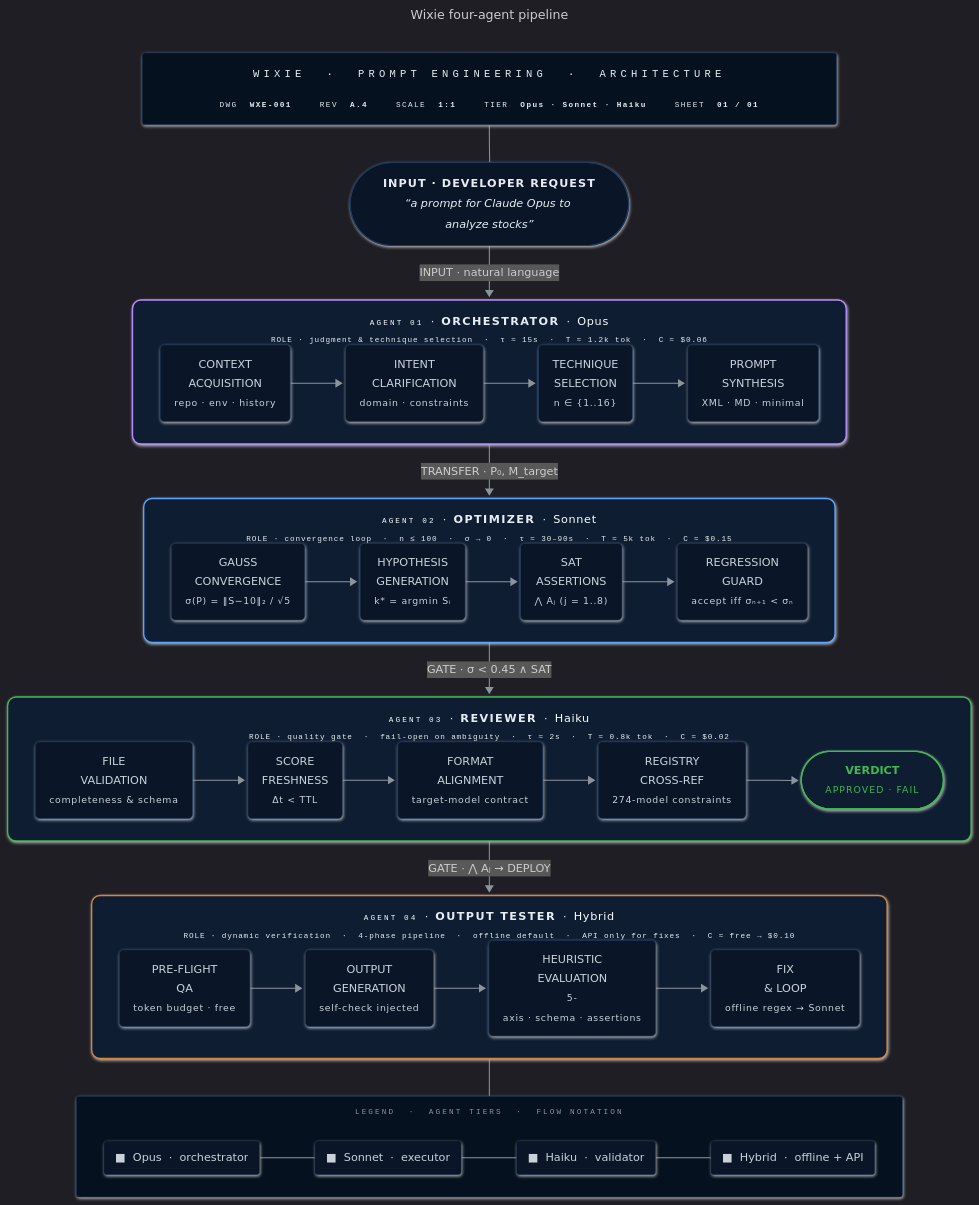
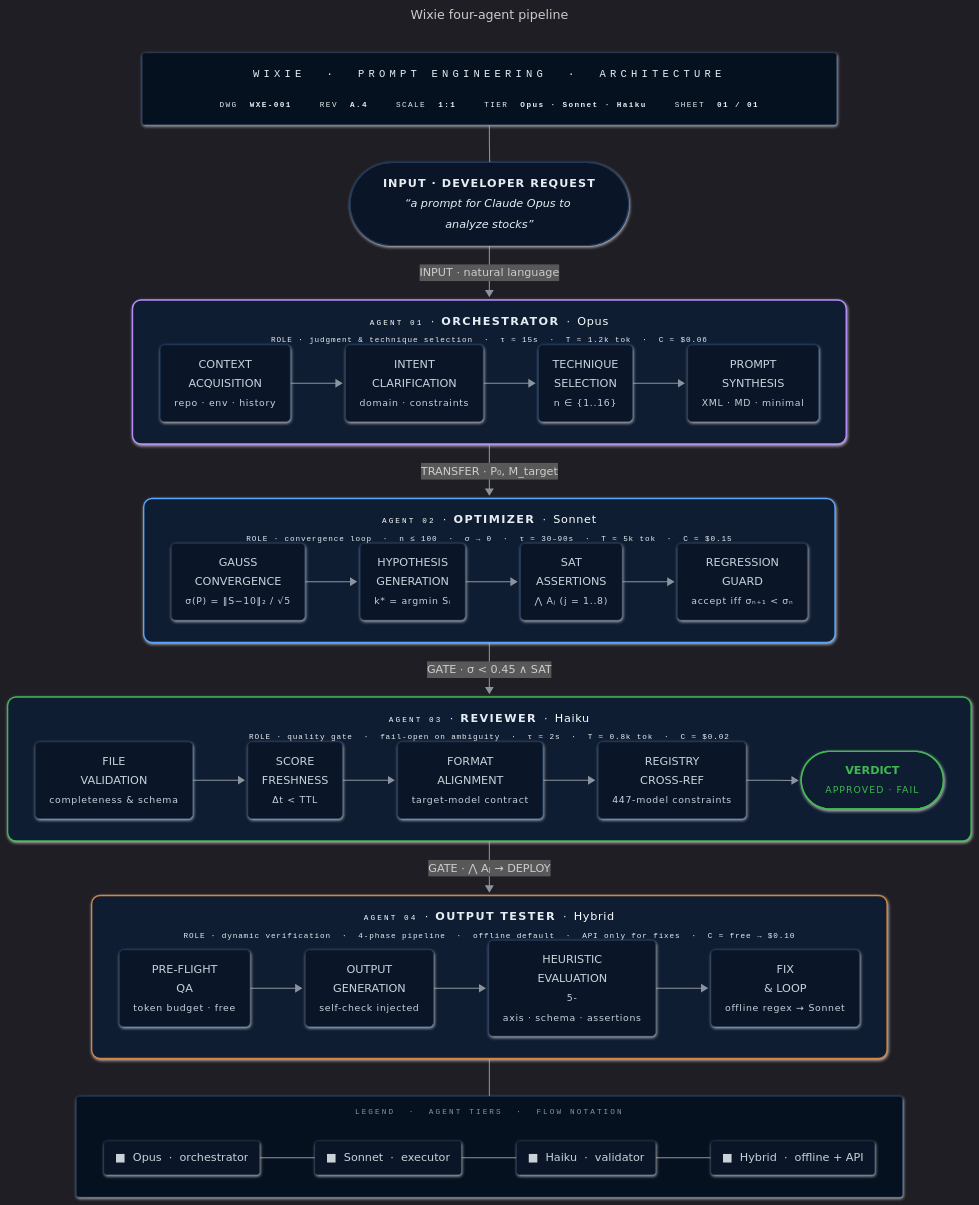
One commit to enchanter-ai/wixie changed the diagram in docs/assets/pipeline.mmd. Above: the diagram before and after it, drawn with Mermaid. The commit also changed 21 other files, not shown here.

```diff
--- a/docs/assets/pipeline.mmd
+++ b/docs/assets/pipeline.mmd
@@ -1,72 +1,72 @@
 ---
 title: Wixie four-agent pipeline
 config:
   look: neo
   theme: dark
   flowchart:
     curve: basis
     padding: 18
     nodeSpacing: 44
     rankSpacing: 54
     htmlLabels: true
     subGraphTitleMargin:
       top: 14
       bottom: 18
 ---
 flowchart TB
     TitleBlock["<div style='font-family:ui-monospace,SFMono-Regular,Consolas,monospace;text-align:center;min-width:940px;padding:6px 10px;line-height:1.8'><div style='color:#58a6ff;font-size:15px;letter-spacing:6px;border-bottom:1px solid #1e3a5f;padding-bottom:10px;margin-bottom:10px'>WIXIE &nbsp;·&nbsp; PROMPT&nbsp;ENGINEERING &nbsp;·&nbsp; ARCHITECTURE</div><div style='display:flex;gap:40px;justify-content:center;font-size:11px;color:#8b949e;letter-spacing:2px'><span>DWG&nbsp;&nbsp;<b style='color:#e6edf3'>WXE-001</b></span><span>REV&nbsp;&nbsp;<b style='color:#e6edf3'>A.4</b></span><span>SCALE&nbsp;&nbsp;<b style='color:#e6edf3'>1:1</b></span><span>TIER&nbsp;&nbsp;<b style='color:#e6edf3'>Opus&nbsp;·&nbsp;Sonnet&nbsp;·&nbsp;Haiku</b></span><span>SHEET&nbsp;&nbsp;<b style='color:#e6edf3'>01&nbsp;/&nbsp;01</b></span></div></div>"]
 
     User(["<div style='text-align:center;line-height:1.8;padding:4px 12px'><b style='letter-spacing:1.5px'>INPUT&nbsp;·&nbsp;DEVELOPER&nbsp;REQUEST</b><br/><em style='color:#8b949e;font-size:13px;font-weight:400'>“a prompt for Claude Opus to analyze stocks”</em></div>"])
 
     subgraph Orch["<div style='text-align:center;min-width:940px;line-height:2'><div><span style='font-family:ui-monospace,monospace;color:#8b949e;font-size:11px;letter-spacing:3px'>AGENT&nbsp;01</span>&nbsp;&nbsp;·&nbsp;&nbsp;<b style='letter-spacing:2px'>ORCHESTRATOR</b>&nbsp;&nbsp;·&nbsp;&nbsp;<span style='color:#bc8cff;letter-spacing:1px'>Opus</span></div><div style='color:#6e7681;font-size:11px;font-family:ui-monospace,monospace;letter-spacing:1.2px'>ROLE&nbsp;·&nbsp;judgment&nbsp;&amp;&nbsp;technique&nbsp;selection&nbsp;&nbsp;·&nbsp;&nbsp;τ&nbsp;≈&nbsp;15s&nbsp;&nbsp;·&nbsp;&nbsp;T&nbsp;≈&nbsp;1.2k&nbsp;tok&nbsp;&nbsp;·&nbsp;&nbsp;C&nbsp;≈&nbsp;$0.06</div></div>"]
         direction LR
         scan["<div style='text-align:center;line-height:1.7;padding:2px 4px'>CONTEXT<br/>ACQUISITION<br/><small style='color:#6e7681;letter-spacing:1px'>repo&nbsp;·&nbsp;env&nbsp;·&nbsp;history</small></div>"] --> ask["<div style='text-align:center;line-height:1.7;padding:2px 4px'>INTENT<br/>CLARIFICATION<br/><small style='color:#6e7681;letter-spacing:1px'>domain&nbsp;·&nbsp;constraints</small></div>"] --> tech["<div style='text-align:center;line-height:1.7;padding:2px 4px'>TECHNIQUE<br/>SELECTION<br/><small style='color:#6e7681;letter-spacing:1px'>n&nbsp;∈&nbsp;{1..16}</small></div>"] --> gen["<div style='text-align:center;line-height:1.7;padding:2px 4px'>PROMPT<br/>SYNTHESIS<br/><small style='color:#6e7681;letter-spacing:1px'>XML&nbsp;·&nbsp;MD&nbsp;·&nbsp;minimal</small></div>"]
     end
 
     subgraph Opt["<div style='text-align:center;min-width:940px;line-height:2'><div><span style='font-family:ui-monospace,monospace;color:#8b949e;font-size:11px;letter-spacing:3px'>AGENT&nbsp;02</span>&nbsp;&nbsp;·&nbsp;&nbsp;<b style='letter-spacing:2px'>OPTIMIZER</b>&nbsp;&nbsp;·&nbsp;&nbsp;<span style='color:#58a6ff;letter-spacing:1px'>Sonnet</span></div><div style='color:#6e7681;font-size:11px;font-family:ui-monospace,monospace;letter-spacing:1.2px'>ROLE&nbsp;·&nbsp;convergence&nbsp;loop&nbsp;&nbsp;·&nbsp;&nbsp;n&nbsp;≤&nbsp;100&nbsp;&nbsp;·&nbsp;&nbsp;σ&nbsp;→&nbsp;0&nbsp;&nbsp;·&nbsp;&nbsp;τ&nbsp;≈&nbsp;30–90s&nbsp;&nbsp;·&nbsp;&nbsp;T&nbsp;≈&nbsp;5k&nbsp;tok&nbsp;&nbsp;·&nbsp;&nbsp;C&nbsp;≈&nbsp;$0.15</div></div>"]
         direction LR
         conv["<div style='text-align:center;line-height:1.7;padding:2px 4px'>GAUSS<br/>CONVERGENCE<br/><small style='color:#6e7681;letter-spacing:1px'>σ(P)&nbsp;=&nbsp;‖S−10‖₂&nbsp;/&nbsp;√5</small></div>"] --> hypo["<div style='text-align:center;line-height:1.7;padding:2px 4px'>HYPOTHESIS<br/>GENERATION<br/><small style='color:#6e7681;letter-spacing:1px'>k*&nbsp;=&nbsp;argmin&nbsp;Sᵢ</small></div>"] --> asrt["<div style='text-align:center;line-height:1.7;padding:2px 4px'>SAT<br/>ASSERTIONS<br/><small style='color:#6e7681;letter-spacing:1px'>⋀&nbsp;Aⱼ&nbsp;(j&nbsp;=&nbsp;1..8)</small></div>"] --> revert["<div style='text-align:center;line-height:1.7;padding:2px 4px'>REGRESSION<br/>GUARD<br/><small style='color:#6e7681;letter-spacing:1px'>accept&nbsp;iff&nbsp;σₙ₊₁&nbsp;&lt;&nbsp;σₙ</small></div>"]
     end
 
     subgraph Rev["<div style='text-align:center;min-width:940px;line-height:2'><div><span style='font-family:ui-monospace,monospace;color:#8b949e;font-size:11px;letter-spacing:3px'>AGENT&nbsp;03</span>&nbsp;&nbsp;·&nbsp;&nbsp;<b style='letter-spacing:2px'>REVIEWER</b>&nbsp;&nbsp;·&nbsp;&nbsp;<span style='color:#3fb950;letter-spacing:1px'>Haiku</span></div><div style='color:#6e7681;font-size:11px;font-family:ui-monospace,monospace;letter-spacing:1.2px'>ROLE&nbsp;·&nbsp;quality&nbsp;gate&nbsp;&nbsp;·&nbsp;&nbsp;fail-open&nbsp;on&nbsp;ambiguity&nbsp;&nbsp;·&nbsp;&nbsp;τ&nbsp;≈&nbsp;2s&nbsp;&nbsp;·&nbsp;&nbsp;T&nbsp;≈&nbsp;0.8k&nbsp;tok&nbsp;&nbsp;·&nbsp;&nbsp;C&nbsp;≈&nbsp;$0.02</div></div>"]
         direction LR
-        val["<div style='text-align:center;line-height:1.7;padding:2px 4px'>FILE<br/>VALIDATION<br/><small style='color:#6e7681;letter-spacing:1px'>completeness&nbsp;&amp;&nbsp;schema</small></div>"] --> fresh["<div style='text-align:center;line-height:1.7;padding:2px 4px'>SCORE<br/>FRESHNESS<br/><small style='color:#6e7681;letter-spacing:1px'>Δt&nbsp;&lt;&nbsp;TTL</small></div>"] --> fmt["<div style='text-align:center;line-height:1.7;padding:2px 4px'>FORMAT<br/>ALIGNMENT<br/><small style='color:#6e7681;letter-spacing:1px'>target-model&nbsp;contract</small></div>"] --> reg["<div style='text-align:center;line-height:1.7;padding:2px 4px'>REGISTRY<br/>CROSS-REF<br/><small style='color:#6e7681;letter-spacing:1px'>274-model&nbsp;constraints</small></div>"] --> verdict(["<div style='text-align:center;line-height:1.7;padding:2px 4px'><b>VERDICT</b><br/><small style='letter-spacing:1.5px'>APPROVED&nbsp;·&nbsp;FAIL</small></div>"])
+        val["<div style='text-align:center;line-height:1.7;padding:2px 4px'>FILE<br/>VALIDATION<br/><small style='color:#6e7681;letter-spacing:1px'>completeness&nbsp;&amp;&nbsp;schema</small></div>"] --> fresh["<div style='text-align:center;line-height:1.7;padding:2px 4px'>SCORE<br/>FRESHNESS<br/><small style='color:#6e7681;letter-spacing:1px'>Δt&nbsp;&lt;&nbsp;TTL</small></div>"] --> fmt["<div style='text-align:center;line-height:1.7;padding:2px 4px'>FORMAT<br/>ALIGNMENT<br/><small style='color:#6e7681;letter-spacing:1px'>target-model&nbsp;contract</small></div>"] --> reg["<div style='text-align:center;line-height:1.7;padding:2px 4px'>REGISTRY<br/>CROSS-REF<br/><small style='color:#6e7681;letter-spacing:1px'>447-model&nbsp;constraints</small></div>"] --> verdict(["<div style='text-align:center;line-height:1.7;padding:2px 4px'><b>VERDICT</b><br/><small style='letter-spacing:1.5px'>APPROVED&nbsp;·&nbsp;FAIL</small></div>"])
     end
 
     subgraph OT["<div style='text-align:center;min-width:940px;line-height:2'><div><span style='font-family:ui-monospace,monospace;color:#8b949e;font-size:11px;letter-spacing:3px'>AGENT&nbsp;04</span>&nbsp;&nbsp;·&nbsp;&nbsp;<b style='letter-spacing:2px'>OUTPUT&nbsp;TESTER</b>&nbsp;&nbsp;·&nbsp;&nbsp;<span style='color:#d8853b;letter-spacing:1px'>Hybrid</span></div><div style='color:#6e7681;font-size:11px;font-family:ui-monospace,monospace;letter-spacing:1.2px'>ROLE&nbsp;·&nbsp;dynamic&nbsp;verification&nbsp;&nbsp;·&nbsp;&nbsp;4-phase&nbsp;pipeline&nbsp;&nbsp;·&nbsp;&nbsp;offline&nbsp;default&nbsp;&nbsp;·&nbsp;&nbsp;API&nbsp;only&nbsp;for&nbsp;fixes&nbsp;&nbsp;·&nbsp;&nbsp;C&nbsp;≈&nbsp;free&nbsp;→&nbsp;$0.10</div></div>"]
         direction LR
         pre["<div style='text-align:center;line-height:1.7;padding:2px 4px'>PRE-FLIGHT<br/>QA<br/><small style='color:#6e7681;letter-spacing:1px'>token&nbsp;budget&nbsp;·&nbsp;free</small></div>"] --> gen2["<div style='text-align:center;line-height:1.7;padding:2px 4px'>OUTPUT<br/>GENERATION<br/><small style='color:#6e7681;letter-spacing:1px'>self-check&nbsp;injected</small></div>"] --> evl["<div style='text-align:center;line-height:1.7;padding:2px 4px'>HEURISTIC<br/>EVALUATION<br/><small style='color:#6e7681;letter-spacing:1px'>5-axis&nbsp;·&nbsp;schema&nbsp;·&nbsp;assertions</small></div>"] --> fix["<div style='text-align:center;line-height:1.7;padding:2px 4px'>FIX<br/>&amp;&nbsp;LOOP<br/><small style='color:#6e7681;letter-spacing:1px'>offline&nbsp;regex&nbsp;→&nbsp;Sonnet</small></div>"]
     end
 
     subgraph Legend["<div style='font-family:ui-monospace,monospace;color:#8b949e;font-size:11px;letter-spacing:3px;min-width:940px;text-align:center'>LEGEND&nbsp;&nbsp;·&nbsp;&nbsp;AGENT&nbsp;TIERS&nbsp;&nbsp;·&nbsp;&nbsp;FLOW&nbsp;NOTATION</div>"]
         direction LR
         lg1["<span style='color:#bc8cff'>■</span>&nbsp;&nbsp;Opus&nbsp;&nbsp;·&nbsp;&nbsp;orchestrator"] --- lg2["<span style='color:#58a6ff'>■</span>&nbsp;&nbsp;Sonnet&nbsp;&nbsp;·&nbsp;&nbsp;executor"] --- lg3["<span style='color:#3fb950'>■</span>&nbsp;&nbsp;Haiku&nbsp;&nbsp;·&nbsp;&nbsp;validator"] --- lg4["<span style='color:#d8853b'>■</span>&nbsp;&nbsp;Hybrid&nbsp;&nbsp;·&nbsp;&nbsp;offline&nbsp;+&nbsp;API"]
     end
 
     TitleBlock ~~~ User
     User -->|"INPUT · natural language"| Orch
     Orch -->|"TRANSFER · P₀, M_target"| Opt
     Opt -->|"GATE · σ < 0.45 ∧ SAT"| Rev
     Rev -->|"GATE · ⋀ Aⱼ → DEPLOY"| OT
     OT ~~~ Legend
 
     classDef step fill:#0a1628,stroke:#1e3a5f,stroke-width:1px,color:#c9d1d9,rx:6,ry:6
     classDef user fill:#0a1628,stroke:#1e3a5f,stroke-width:1.5px,color:#e6edf3,rx:10,ry:10
     classDef verdictStyle fill:#0f1d33,stroke:#3fb950,stroke-width:2px,color:#3fb950,rx:8,ry:8
     classDef titleBlock fill:#06111f,stroke:#1e3a5f,stroke-width:1px,color:#e6edf3,rx:4,ry:4
     classDef legend fill:#06111f,stroke:#1e3a5f,stroke-width:1px,color:#8b949e,rx:4,ry:4
     classDef legendItem fill:#0a1628,stroke:#1e3a5f,stroke-width:0.5px,color:#c9d1d9,rx:4,ry:4
 
     class User user
     class scan,ask,tech,gen,conv,hypo,asrt,revert,val,fresh,fmt,reg,pre,gen2,evl,fix step
     class verdict verdictStyle
     class TitleBlock titleBlock
     class Legend legend
     class lg1,lg2,lg3,lg4 legendItem
 
     style Orch fill:#0f1d33,stroke:#bc8cff,stroke-width:2px,color:#e6edf3,rx:12,ry:12
     style Opt  fill:#0f1d33,stroke:#58a6ff,stroke-width:2px,color:#e6edf3,rx:12,ry:12
     style Rev  fill:#0f1d33,stroke:#3fb950,stroke-width:2px,color:#e6edf3,rx:12,ry:12
     style OT   fill:#0f1d33,stroke:#d8853b,stroke-width:2px,color:#e6edf3,rx:12,ry:12
 
     linkStyle default stroke:#8b949e,stroke-width:1.5px
```
